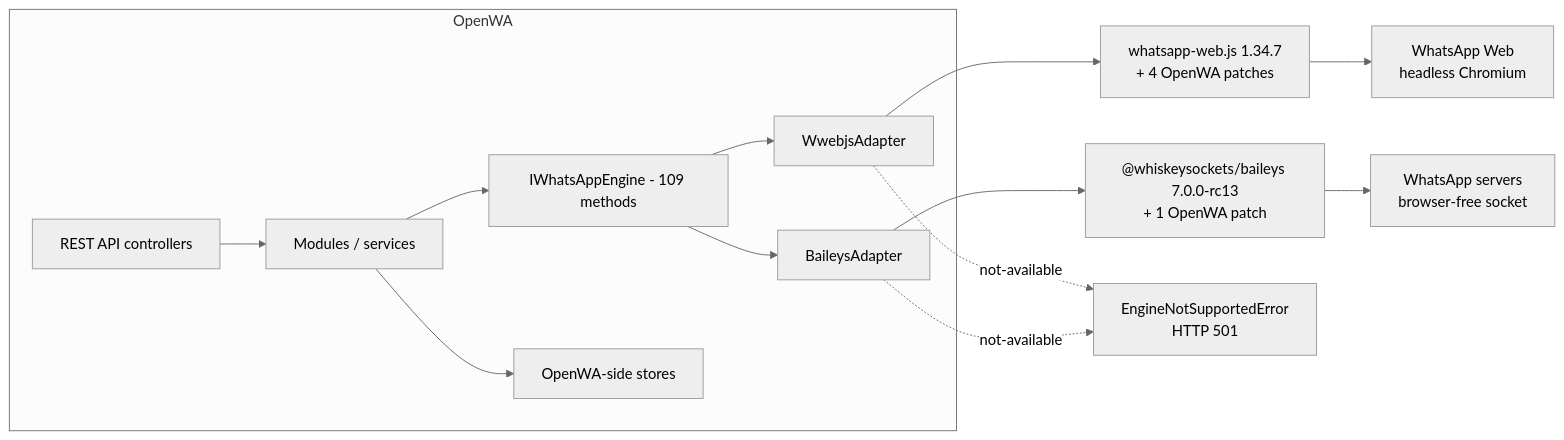
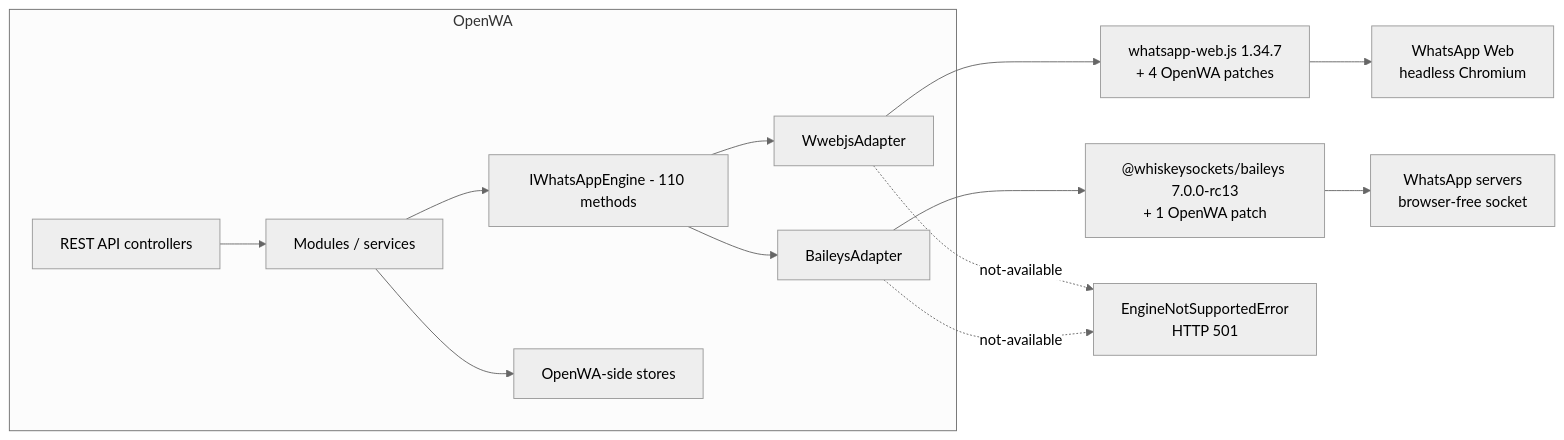
One commit to nourayman21k/OpenWA changed the first of 2 diagrams in docs/29-engine-capability-matrix.md. Above: the diagram before and after it, drawn with Mermaid (neutral theme). The commit also changed other lines of this file and 14 other files, not shown here.

````diff
--- a/docs/29-engine-capability-matrix.md
+++ b/docs/29-engine-capability-matrix.md
@@ -42,16 +42,16 @@
 ```mermaid
 flowchart LR
     subgraph OpenWA["OpenWA"]
         API["REST API controllers"] --> SVC["Modules / services"]
-        SVC --> IF["IWhatsAppEngine - 109 methods"]
+        SVC --> IF["IWhatsAppEngine - 110 methods"]
         IF --> WA["WwebjsAdapter"]
         IF --> BA["BaileysAdapter"]
         SVC --> STORE["OpenWA-side stores"]
     end
     WA --> WLIB["whatsapp-web.js 1.34.7<br/>+ 4 OpenWA patches"]
     BA --> BLIB["@whiskeysockets/baileys 7.0.0-rc13<br/>+ 1 OpenWA patch"]
     WLIB --> WEB["WhatsApp Web<br/>headless Chromium"]
     BLIB --> WAS["WhatsApp servers<br/>browser-free socket"]
     WA -.->|"not-available"| E["EngineNotSupportedError<br/>HTTP 501"]
     BA -.->|"not-available"| E
 ```
````
